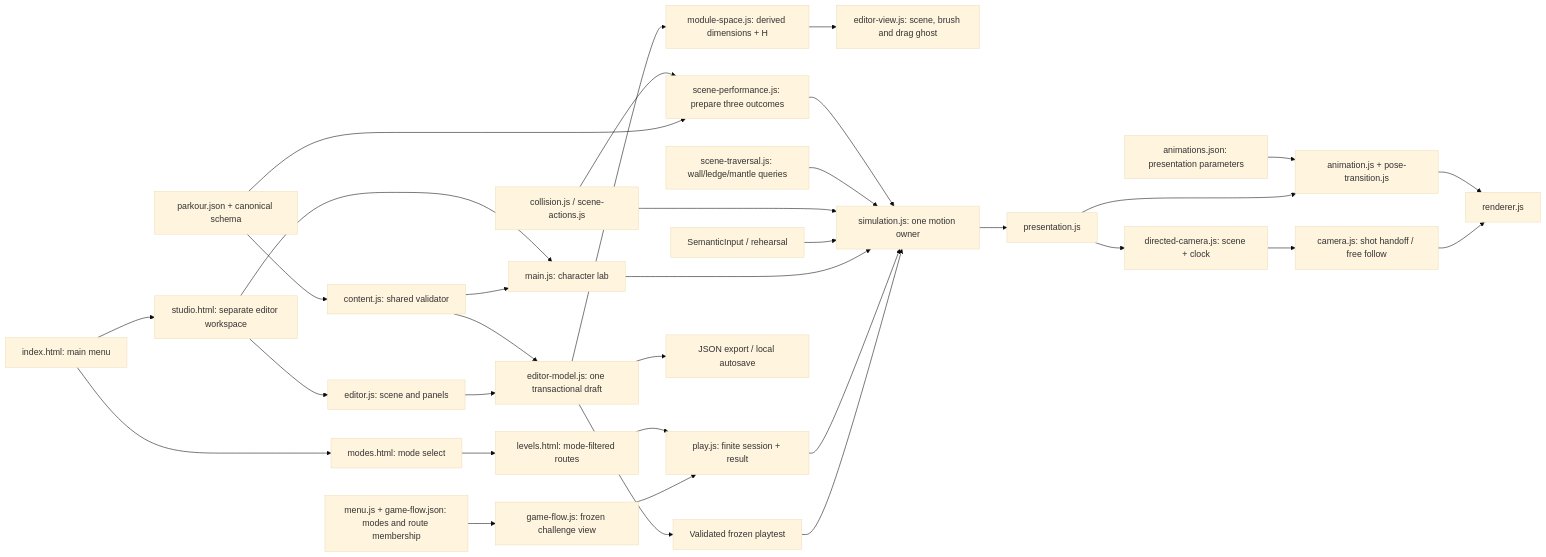
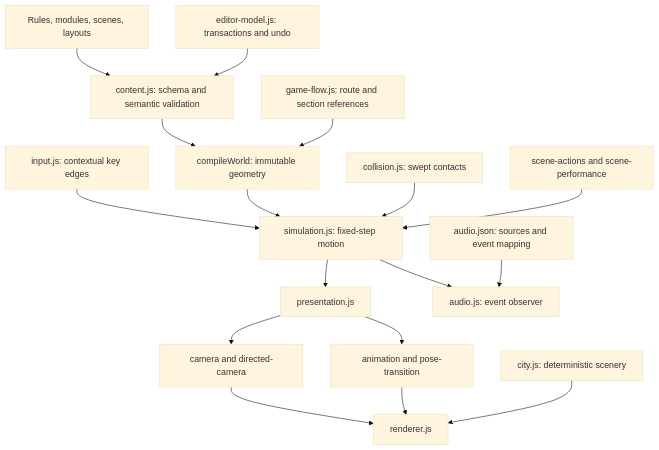
The diagram in Documents/Current/modules.md (spathering/polyu-ap-a3), drawn with Mermaid (base theme) before and after one commit. The commit also changed other lines of this file and 91 other files, not shown here.

Commit message:
Improve parkour flow, expand districts, and add city audio

````diff
--- a/Documents/Current/modules.md
+++ b/Documents/Current/modules.md
@@ -26,35 +5,19 @@
 ```mermaid
-flowchart LR
-    Package["parkour.json + canonical schema"] --> Validate["content.js: shared validator"]
-    Studio["editor.js: scene and panels"] --> Draft["editor-model.js: one transactional draft"]
-    Validate --> Draft
-    Draft --> Space["module-space.js: derived dimensions + H"]
-    Space --> Scene["editor-view.js: scene, brush and drag ghost"]
-    Draft --> Snapshot["Validated frozen playtest"]
-    Snapshot --> Sim["simulation.js: one motion owner"]
-    Validate --> Lab["main.js: character lab"]
-    Menu["menu.js + game-flow.json: modes and route membership"] --> Challenge["game-flow.js: frozen challenge view"]
-    Challenge --> Play["play.js: finite session + result"]
-    Home["index.html: main menu"] --> Modes["modes.html: mode select"]
-    Modes --> Select["levels.html: mode-filtered routes"]
-    Select --> Play
-    Home --> Hub["studio.html: separate editor workspace"]
-    Hub --> Studio
-    Hub --> Lab
-    Play --> Sim
-    Lab --> Sim
-    Input["SemanticInput / rehearsal"] --> Sim
-    Queries["collision.js / scene-actions.js"] --> Sim
-    Traversal["scene-traversal.js: wall/ledge/mantle queries"] --> Sim
-    Package --> Prepare["scene-performance.js: prepare three outcomes"]
-    Queries --> Prepare
-    Prepare --> Sim
-    Sim --> Interpolate["presentation.js"]
-    Interpolate --> Pose["animation.js + pose-transition.js"]
-    Catalog["animations.json: presentation parameters"] --> Pose
-    Interpolate --> Rail["directed-camera.js: scene + clock"]
-    Rail --> Camera["camera.js: shot handoff / free follow"]
-    Camera --> Render["renderer.js"]
-    Pose --> Render
-    Draft --> Save["JSON export / local autosave"]
+flowchart TD
+  JSON[Rules, modules, scenes, layouts] --> Contract[content.js: schema and semantic validation]
+  Editor[editor-model.js: transactions and undo] --> Contract
+  Contract --> World[compileWorld: immutable geometry]
+  Flow[game-flow.js: route and section references] --> World
+  Controls[input.js: contextual key edges] --> Sim[simulation.js: fixed-step motion]
+  World --> Sim
+  Collision[collision.js: swept contacts] --> Sim
+  Recipes[scene-actions and scene-performance] --> Sim
+  Sim --> Interpolate[presentation.js]
+  Interpolate --> Camera[camera and directed-camera]
+  Interpolate --> Art[animation and pose-transition]
+  Camera --> Renderer[renderer.js]
+  Art --> Renderer
+  City[city.js: deterministic scenery] --> Renderer
+  Sim --> Audio[audio.js: event observer]
+  Catalogue[audio.json: sources and event mapping] --> Audio
 ```
````
